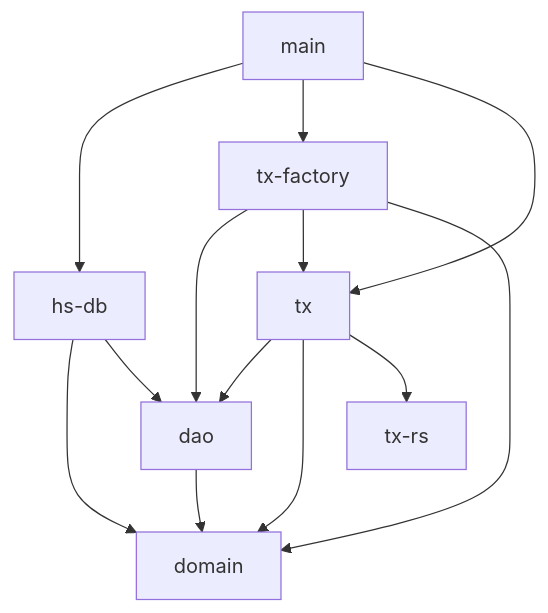
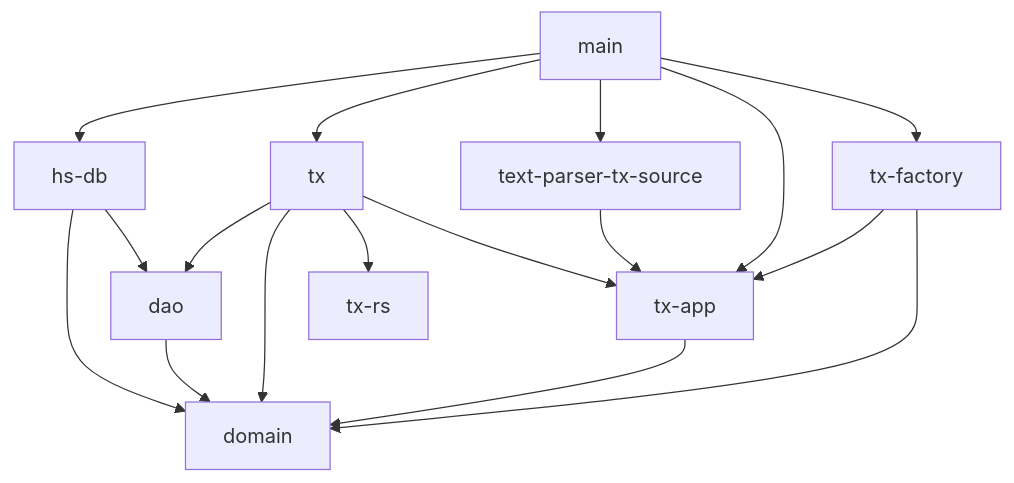
One commit to cutsea110/payroll changed the diagram in README.md. Above: the diagram before and after it, drawn with Mermaid. The commit also changed 1 other file, not shown here.

Commit message:
update architecture diagram

````diff
--- a/README.md
+++ b/README.md
@@ -3,16 +3,26 @@
 ```mermaid
 graph TD
 
   dao --> domain
+  
   tx --> dao
   tx --> domain
   tx --> tx-rs
-  tx-factory --> dao
-  tx-factory --> tx
+  tx --> tx-app
+  
+  tx-app --> domain
+
+  tx-factory --> tx-app
   tx-factory --> domain
+  
+  text-parser-tx-source --> tx-app
+  
   hs-db --> domain
   hs-db --> dao
+  
   main --> hs-db
+  main --> tx
+  main --> text-parser-tx-source
+  main --> tx-app
   main --> tx-factory
-  main --> tx
 ```
````
